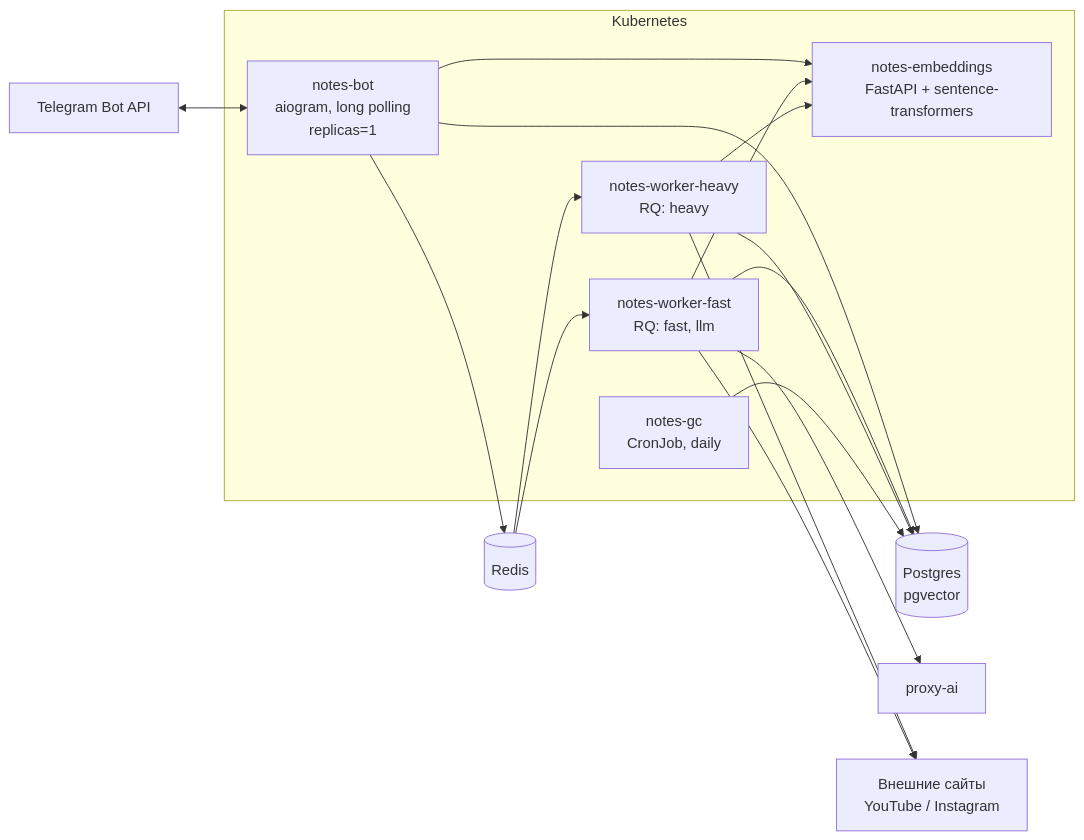
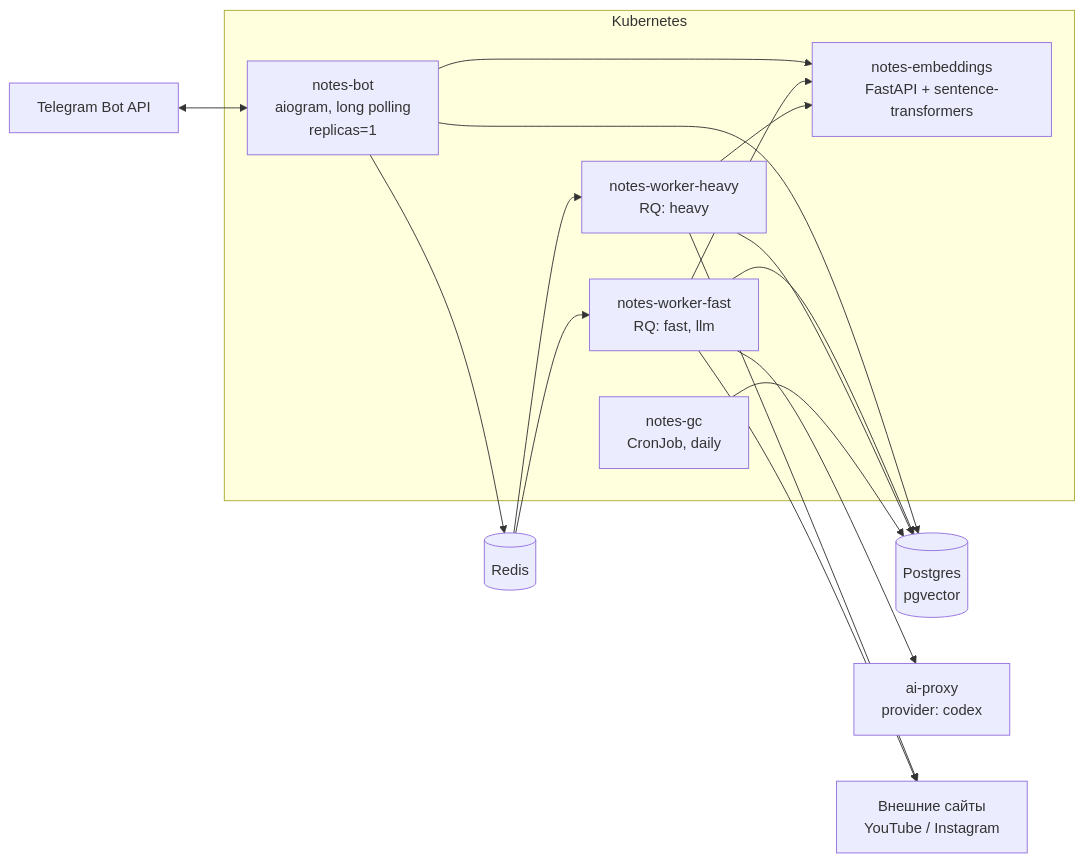
Before and after one commit to poohpeer/bot-notes: the diagram in docs/architecture/01-context.md, drawn with Mermaid. The commit also changed other lines of this file and 7 other files, not shown here.

First line of the commit message:
docs(architecture): зафиксировать контракт ai-proxy (провайдер codex)

````diff
--- a/docs/architecture/01-context.md
+++ b/docs/architecture/01-context.md
@@ -26,32 +26,32 @@
 ```mermaid
 flowchart LR
     TG[Telegram Bot API]
 
     subgraph K8s["Kubernetes"]
         BOT["notes-bot<br/>aiogram, long polling<br/>replicas=1"]
         WF["notes-worker-fast<br/>RQ: fast, llm"]
         WH["notes-worker-heavy<br/>RQ: heavy"]
         EMB["notes-embeddings<br/>FastAPI + sentence-transformers"]
         GC["notes-gc<br/>CronJob, daily"]
     end
 
     PG[("Postgres<br/>pgvector")]
     RD[("Redis")]
-    AI["proxy-ai"]
+    AI["ai-proxy<br/>provider: codex"]
     WEB["Внешние сайты<br/>YouTube / Instagram"]
 
     TG <--> BOT
     BOT --> RD
     BOT --> PG
     BOT --> EMB
     RD --> WF
     RD --> WH
     WF --> PG
     WH --> PG
     WF --> EMB
     WH --> EMB
     WF --> AI
     WH --> WEB
     WF --> WEB
     GC --> PG
 ```
````
